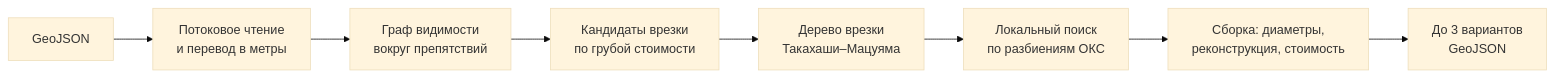
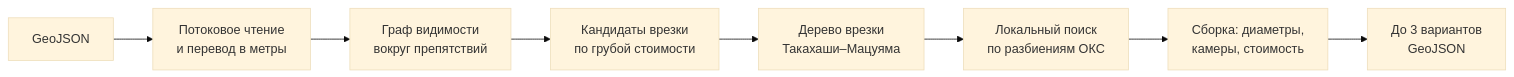
Before and after one commit to NewaccOOO/LCT: the diagram in README.md, drawn with Mermaid (base theme). The commit also changed other lines of this file and 72 other files, not shown here.

````diff
--- a/README.md
+++ b/README.md
@@ -134,10 +134,10 @@
 ```mermaid
 flowchart LR
     A[GeoJSON] --> B[Потоковое чтение<br/>и перевод в метры]
     B --> C[Граф видимости<br/>вокруг препятствий]
     C --> D[Кандидаты врезки<br/>по грубой стоимости]
     D --> E[Дерево врезки<br/>Такахаши–Мацуяма]
     E --> F[Локальный поиск<br/>по разбиениям ОКС]
-    F --> G[Сборка: диаметры,<br/>реконструкция, стоимость]
+    F --> G[Сборка: диаметры,<br/>камеры, стоимость]
     G --> H[До 3 вариантов<br/>GeoJSON]
 ```
````
